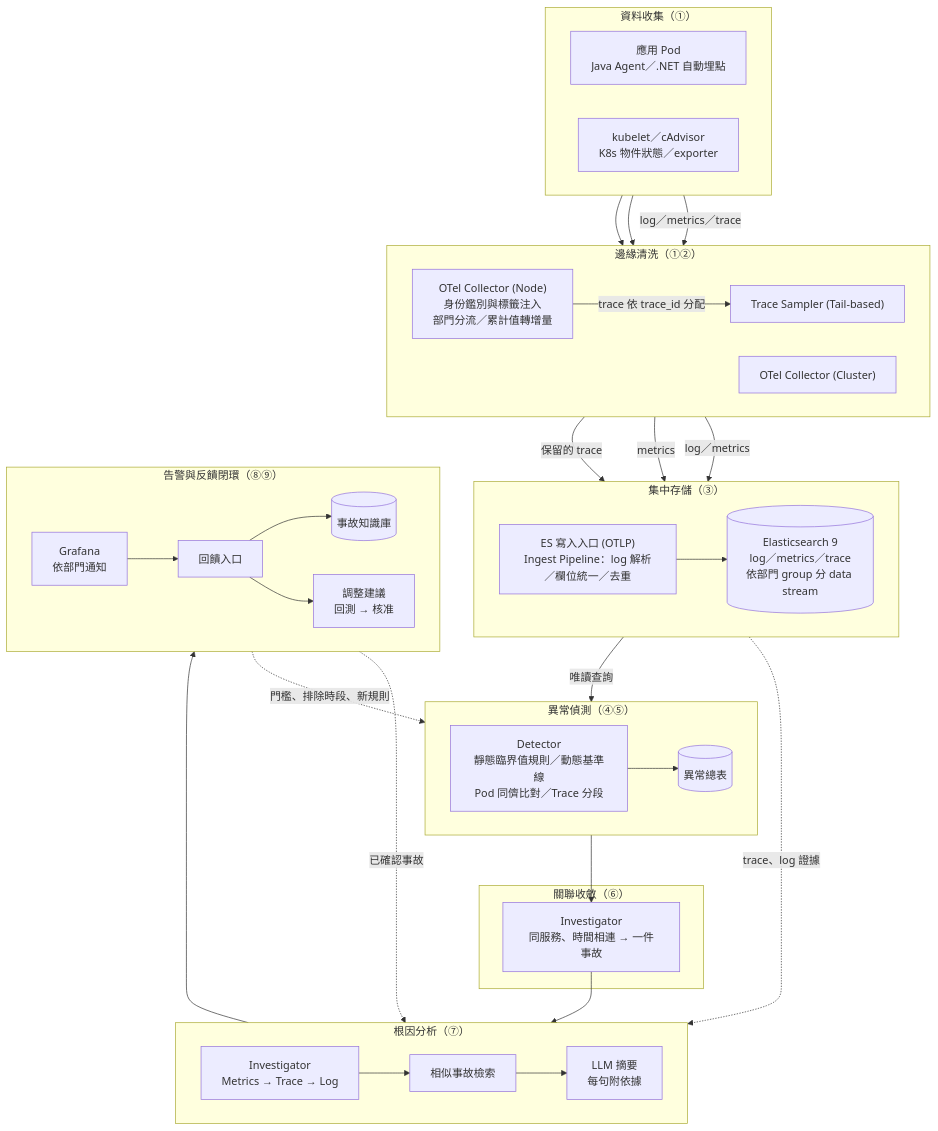
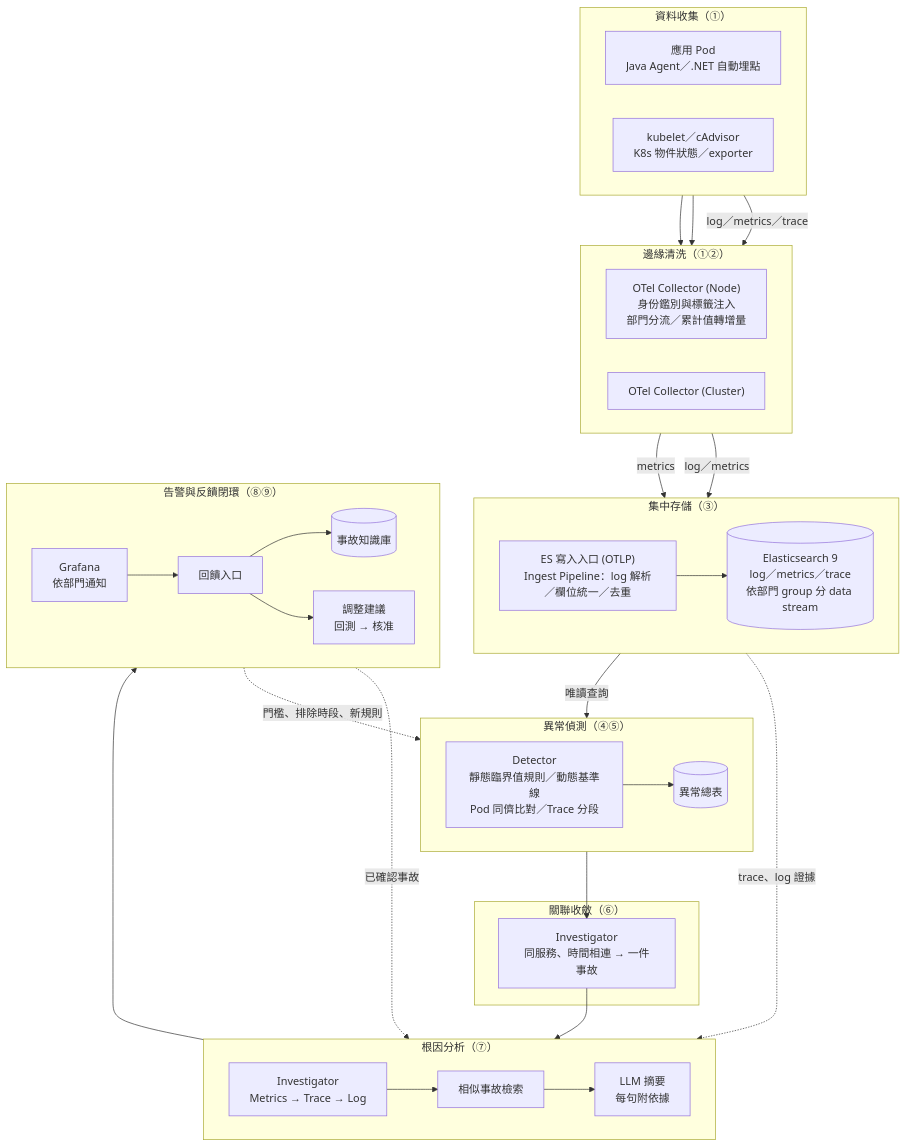
Before and after one commit to i-shuan/aiops-data-foundation: the diagram in docs/architecture.md, drawn with Mermaid. The commit also changed other lines of this file and 59 other files, not shown here.

First line of the commit message:
trace 不取樣、每個請求合成一筆：拆 trace-sampler，Collector 直接寫 raw（2 天），engine 每分鐘 trace-merge 合成 traces-merged-*（7 天）

````diff
--- a/docs/architecture.md
+++ b/docs/architecture.md
@@ -60,57 +60,54 @@
 ```mermaid
 flowchart TB
   subgraph S1["資料收集（①）"]
     direction LR
     APP["應用 Pod<br/>Java Agent／.NET 自動埋點"]
     INF["kubelet／cAdvisor<br/>K8s 物件狀態／exporter"]
   end
   subgraph S2["邊緣清洗（①②）"]
     direction LR
     NODE["OTel Collector (Node)<br/>身份鑑別與標籤注入<br/>部門分流／累計值轉增量"]
     CLU["OTel Collector (Cluster)"]
-    TS["Trace Sampler (Tail-based)"]
   end
   subgraph S3["集中存儲（③）"]
     direction LR
     PIPE["ES 寫入入口 (OTLP)<br/>Ingest Pipeline：log 解析／欄位統一／去重"]
     ES[("Elasticsearch 9<br/>log／metrics／trace<br/>依部門 group 分 data stream")]
   end
   subgraph S4["異常偵測（④⑤）"]
     direction LR
     DET["Detector<br/>靜態臨界值規則／動態基準線<br/>Pod 同儕比對／Trace 分段"]
     AN[("異常總表")]
   end
   subgraph S5["關聯收斂（⑥）"]
     CORR["Investigator<br/>同服務、時間相連 → 一件事故"]
   end
   subgraph S6["根因分析（⑦）"]
     direction LR
     RCA["Investigator<br/>Metrics → Trace → Log"]
     SIM["相似事故檢索"]
     LLM["LLM 摘要<br/>每句附依據"]
   end
   subgraph S7["告警與反饋閉環（⑧⑨）"]
     direction LR
     GF["Grafana<br/>依部門通知"]
     FB["回饋入口"]
     KB[("事故知識庫")]
     TUNE["調整建議<br/>回測 → 核准"]
   end
 
   APP -- "log／metrics／trace" --> NODE
   INF --> NODE
   INF --> CLU
-  NODE -- "trace 依 trace_id 分配" --> TS
   NODE -- "log／metrics" --> PIPE
   CLU -- "metrics" --> PIPE
-  TS -- "保留的 trace" --> PIPE
   PIPE --> ES
   ES -- "唯讀查詢" --> DET
   DET --> AN --> CORR --> RCA
   ES -. "trace、log 證據" .-> RCA
   RCA --> SIM --> LLM --> GF --> FB
   FB --> KB
   FB --> TUNE
   KB -. "已確認事故" .-> SIM
   TUNE -. "門檻、排除時段、新規則" .-> DET
 ```
````
